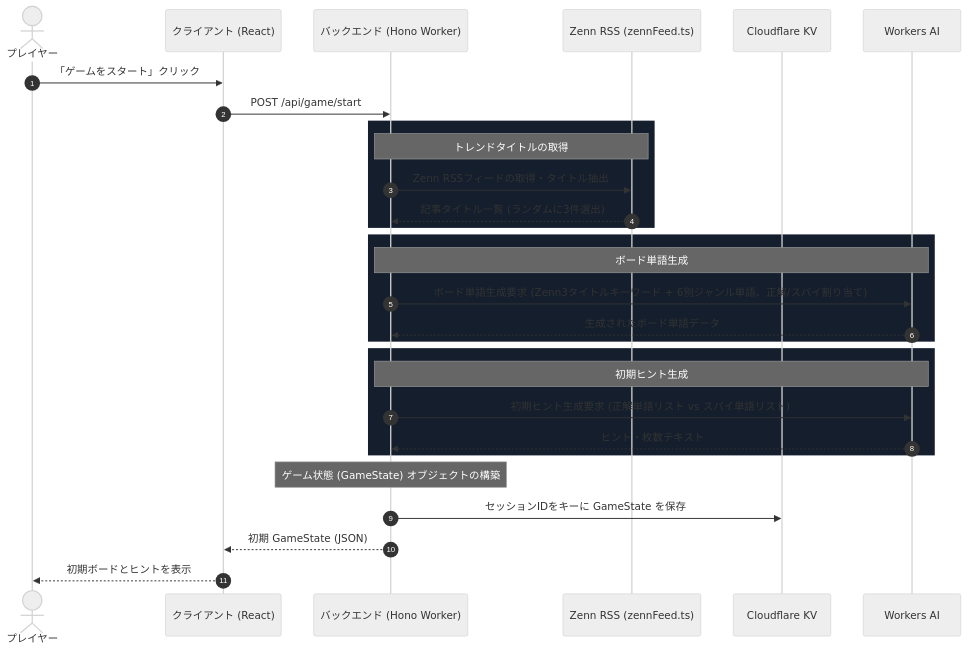
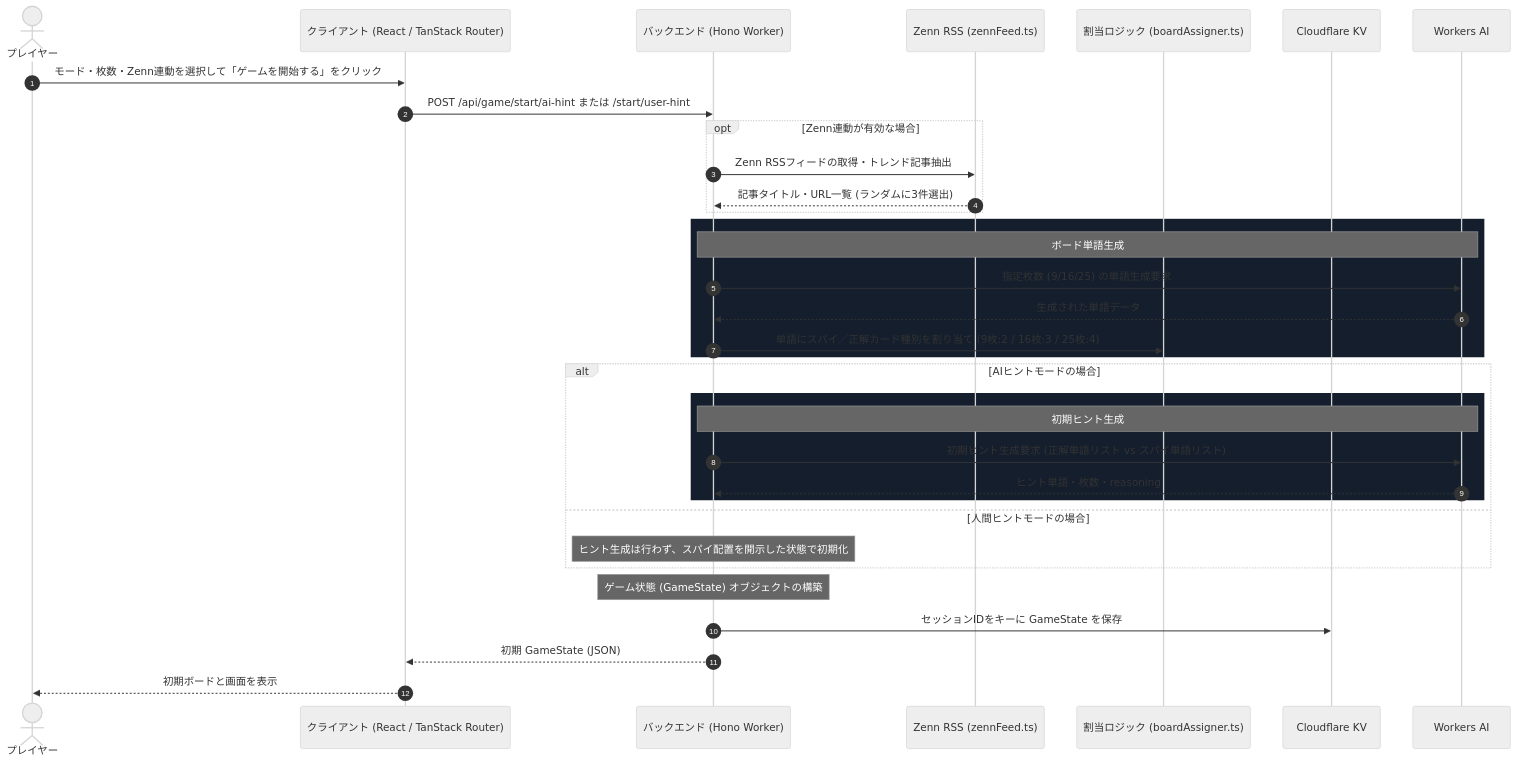
Before and after one commit to Eztas/cloude: the second of 4 diagrams in docs/architecture.md, drawn with Mermaid (neutral theme). The commit also changed other lines of this file, not shown here.

````diff
--- a/docs/architecture.md
+++ b/docs/architecture.md
@@ -87,36 +110,41 @@
 ```mermaid
 sequenceDiagram
     autonumber
     actor User as プレイヤー
-    participant Client as クライアント (React)
+    participant Client as クライアント (React / TanStack Router)
     participant Worker as バックエンド (Hono Worker)
     participant Zenn as Zenn RSS (zennFeed.ts)
+    participant Assigner as 割当ロジック (boardAssigner.ts)
     participant KV as Cloudflare KV
     participant AI as Workers AI
 
-    User ->> Client: 「ゲームをスタート」クリック
-    Client ->> Worker: POST /api/game/start
-    
-    rect rgb(20, 30, 45)
-        Note over Worker, Zenn: トレンドタイトルの取得
-        Worker ->> Zenn: Zenn RSSフィードの取得・タイトル抽出
-        Zenn -->> Worker: 記事タイトル一覧 (ランダムに3件選出)
+    User ->> Client: モード・枚数・Zenn連動を選択して「ゲームを開始する」をクリック
+    Client ->> Worker: POST /api/game/start/ai-hint または /start/user-hint
+
+    opt Zenn連動が有効な場合
+        Worker ->> Zenn: Zenn RSSフィードの取得・トレンド記事抽出
+        Zenn -->> Worker: 記事タイトル・URL一覧 (ランダムに3件選出)
     end
 
     rect rgb(20, 30, 45)
         Note over Worker, AI: ボード単語生成
-        Worker ->> AI: ボード単語生成要求 (Zenn3タイトルキーワード + 6別ジャンル単語、正解/スパイ割り当て)
-        AI -->> Worker: 生成されたボード単語データ
+        Worker ->> AI: 指定枚数 (9/16/25) の単語生成要求
+        AI -->> Worker: 生成された単語データ
+        Worker ->> Assigner: 単語にスパイ／正解カード種別を割り当て (9枚:2 / 16枚:3 / 25枚:4)
     end
 
-    rect rgb(20, 30, 45)
-        Note over Worker, AI: 初期ヒント生成
-        Worker ->> AI: 初期ヒント生成要求 (正解単語リスト vs スパイ単語リスト)
-        AI -->> Worker: ヒント・枚数テキスト
+    alt AIヒントモードの場合
+        rect rgb(20, 30, 45)
+            Note over Worker, AI: 初期ヒント生成
+            Worker ->> AI: 初期ヒント生成要求 (正解単語リスト vs スパイ単語リスト)
+            AI -->> Worker: ヒント単語・枚数・reasoning
+        end
+    else 人間ヒントモードの場合
+        Note over Worker: ヒント生成は行わず、スパイ配置を開示した状態で初期化
     end
 
     Note over Worker: ゲーム状態 (GameState) オブジェクトの構築
     Worker ->> KV: セッションIDをキーに GameState を保存
     Worker -->> Client: 初期 GameState (JSON)
-    Client -->> User: 初期ボードとヒントを表示
+    Client -->> User: 初期ボードと画面を表示
 ```
````
